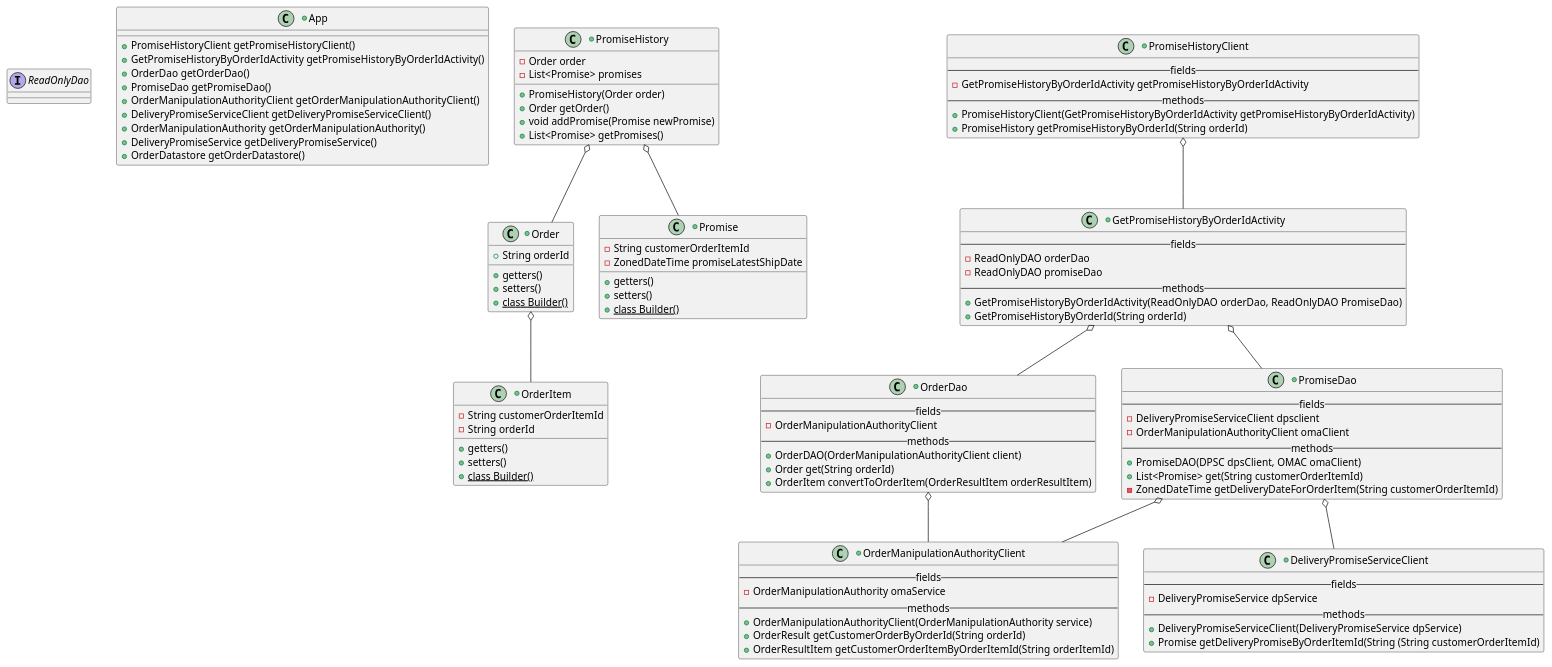
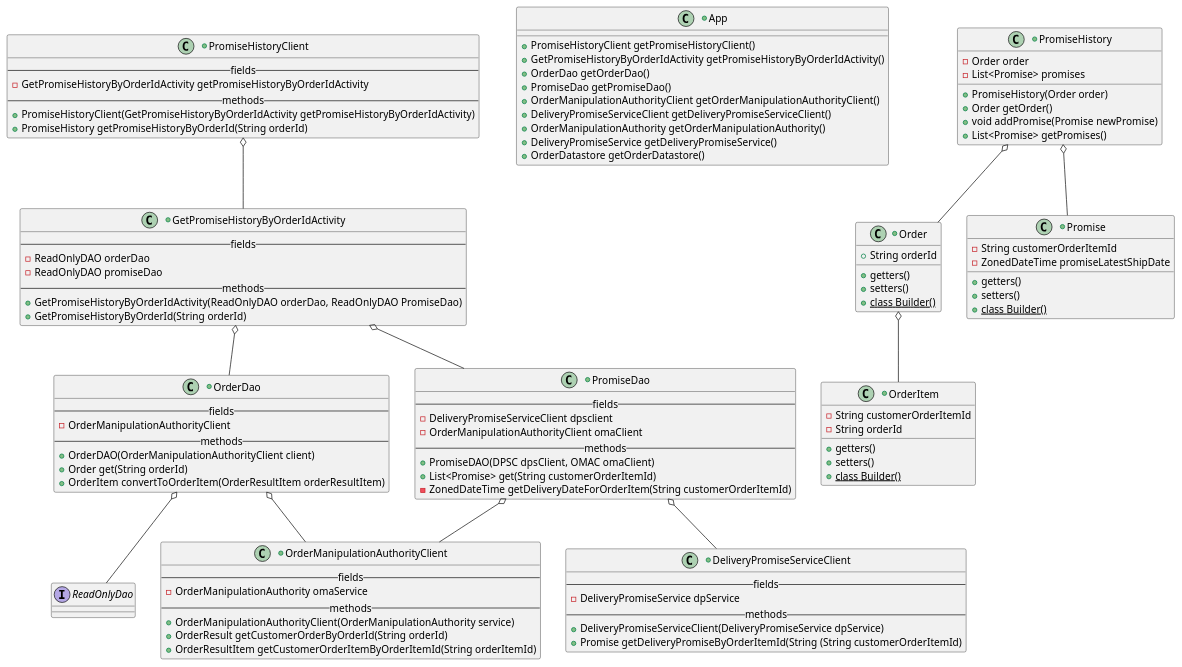
Before and after one commit to everythinginmoderation2/bd-intermediate-java-project: the diagram in src/resources/deliveringonourpromise_CD.puml, drawn with PlantUML.

Commit message:
puml corrections

```diff
--- a/src/resources/deliveringonourpromise_CD.puml
+++ b/src/resources/deliveringonourpromise_CD.puml
@@ -1,119 +1,120 @@
 @startuml
 'https://plantuml.com/class-diagram'
 
 interface ReadOnlyDao
 
 +class App {
     +PromiseHistoryClient getPromiseHistoryClient()
     +GetPromiseHistoryByOrderIdActivity getPromiseHistoryByOrderIdActivity()
     +OrderDao getOrderDao()
     +PromiseDao getPromiseDao()
     +OrderManipulationAuthorityClient getOrderManipulationAuthorityClient()
     +DeliveryPromiseServiceClient getDeliveryPromiseServiceClient()
     +OrderManipulationAuthority getOrderManipulationAuthority()
     +DeliveryPromiseService getDeliveryPromiseService()
     +OrderDatastore getOrderDatastore()
 }
 
 +class Order {
     +String orderId
     +getters()
     +setters()
     +{static} class Builder()
 }
 
 +class OrderItem {
     -String customerOrderItemId
     -String orderId
     +getters()
     +setters()
     +{static} class Builder()
 }
 
 +class Promise {
     -String customerOrderItemId
     -ZonedDateTime promiseLatestShipDate
     +getters()
     +setters()
     +{static} class Builder()
 }
 
 +class PromiseHistory {
     -Order order
     -List<Promise> promises
     +PromiseHistory(Order order)
     +Order getOrder()
     +void addPromise(Promise newPromise)
     +List<Promise> getPromises()
 }
 
 +class PromiseHistoryClient {
     --fields--
     -GetPromiseHistoryByOrderIdActivity getPromiseHistoryByOrderIdActivity
     --methods--
     +PromiseHistoryClient(GetPromiseHistoryByOrderIdActivity getPromiseHistoryByOrderIdActivity)
     +PromiseHistory getPromiseHistoryByOrderId(String orderId)
 }
 
 +class GetPromiseHistoryByOrderIdActivity {
     --fields--
     -ReadOnlyDAO orderDao
     -ReadOnlyDAO promiseDao
     --methods--
     +GetPromiseHistoryByOrderIdActivity(ReadOnlyDAO orderDao, ReadOnlyDAO PromiseDao)
     +GetPromiseHistoryByOrderId(String orderId)
 }
 
 +class OrderDao {
     --fields--
     -OrderManipulationAuthorityClient
     --methods--
     +OrderDAO(OrderManipulationAuthorityClient client)
     +Order get(String orderId)
     +OrderItem convertToOrderItem(OrderResultItem orderResultItem)
 }
 
 +class PromiseDao {
     --fields--
     -DeliveryPromiseServiceClient dpsclient
     -OrderManipulationAuthorityClient omaClient
     --methods--
     +PromiseDAO(DPSC dpsClient, OMAC omaClient)
     +List<Promise> get(String customerOrderItemId)
     -ZonedDateTime getDeliveryDateForOrderItem(String customerOrderItemId)
 }
 
 +class OrderManipulationAuthorityClient {
     --fields--
     -OrderManipulationAuthority omaService
     --methods--
     +OrderManipulationAuthorityClient(OrderManipulationAuthority service)
     +OrderResult getCustomerOrderByOrderId(String orderId)
     +OrderResultItem getCustomerOrderItemByOrderItemId(String orderItemId)
 }
 
 +class DeliveryPromiseServiceClient {
     --fields--
     -DeliveryPromiseService dpService
     --methods--
     +DeliveryPromiseServiceClient(DeliveryPromiseService dpService)
     +Promise getDeliveryPromiseByOrderItemId(String (String customerOrderItemId)
 }
 
 
 
 
 
 
 
 PromiseHistoryClient o-- GetPromiseHistoryByOrderIdActivity
 GetPromiseHistoryByOrderIdActivity o-- PromiseDao
 GetPromiseHistoryByOrderIdActivity o-- OrderDao
 PromiseDao o-- DeliveryPromiseServiceClient
 PromiseDao o-- OrderManipulationAuthorityClient
 OrderDao o-- OrderManipulationAuthorityClient
 PromiseHistory o-- Order
 PromiseHistory o-- Promise
 Order o-- OrderItem
+OrderDao o-- ReadOnlyDao
 
 @enduml
```
